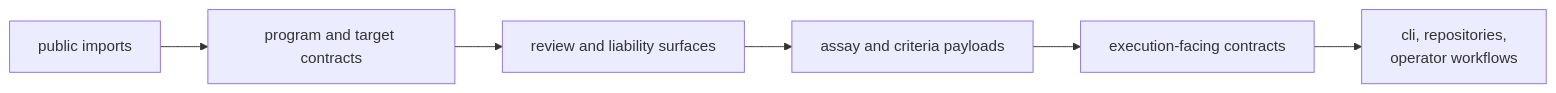
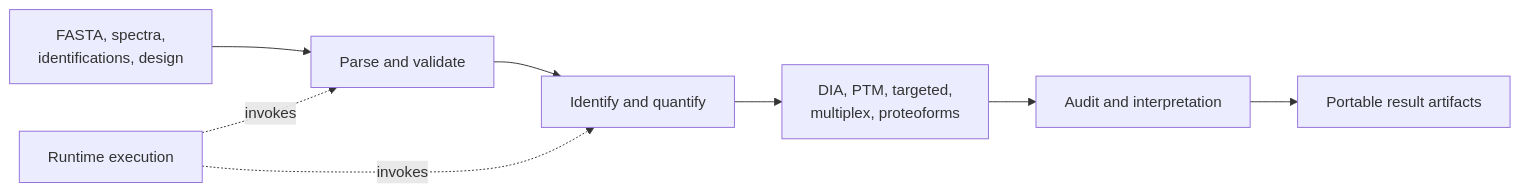
The diagram in docs/04-bijux-proteomics-core/interfaces/index.md (bijux/bijux-proteomics), drawn with Mermaid before and after one commit. The commit also changed other lines of this file and 2 other files, not shown here.

````diff
--- a/docs/04-bijux-proteomics-core/interfaces/index.md
+++ b/docs/04-bijux-proteomics-core/interfaces/index.md
@@ -17,11 +18,14 @@
 ```mermaid
 flowchart LR
-    imports["public imports"]
-    programs["program and target contracts"]
-    reviews["review and liability surfaces"]
-    assays["assay and criteria payloads"]
-    execution["execution-facing contracts"]
-    operators["cli, repositories,<br/>operator workflows"]
+    inputs["FASTA, spectra,<br/>identifications, design"]
+    intake["Parse and validate"]
+    analysis["Identify and quantify"]
+    specialized["DIA, PTM, targeted,<br/>multiplex, proteoforms"]
+    review["Audit and interpretation"]
+    artifacts["Portable result artifacts"]
+    runtime["Runtime execution"]
 
-    imports --> programs --> reviews --> assays --> execution --> operators
+    inputs --> intake --> analysis --> specialized --> review --> artifacts
+    runtime -. invokes .-> intake
+    runtime -. invokes .-> analysis
 ```
````
